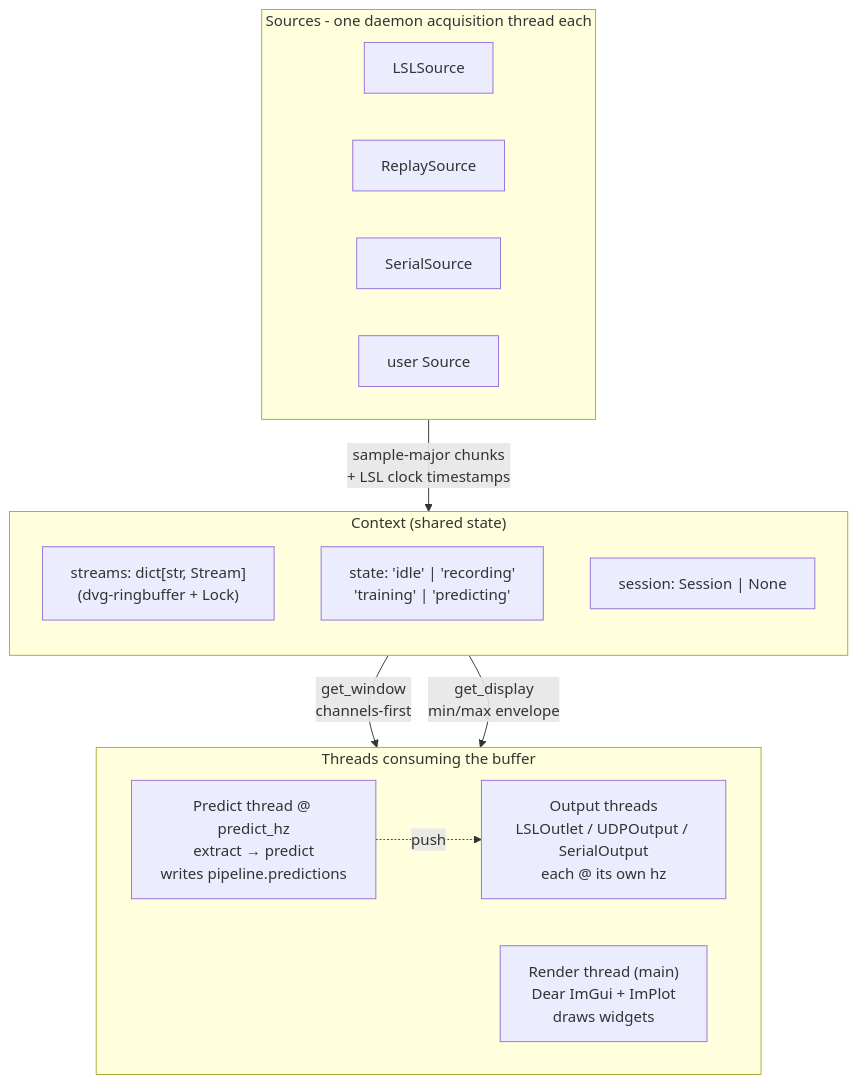
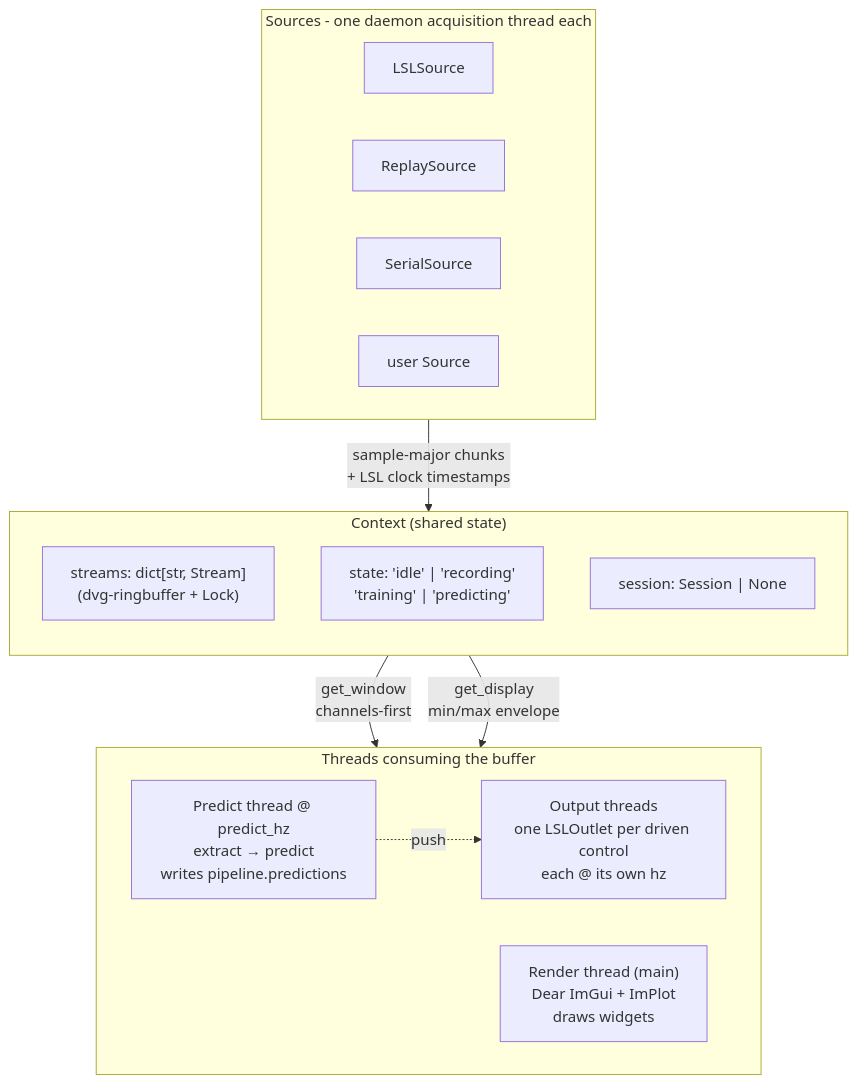
Before and after one commit to NsquaredLab/MyoGestic: the diagram in docs/concepts/architecture.md, drawn with Mermaid. The commit also changed other lines of this file and 12 other files, not shown here.

````diff
--- a/docs/concepts/architecture.md
+++ b/docs/concepts/architecture.md
@@ -5,31 +5,31 @@
 ```mermaid
 flowchart TB
     subgraph SRC["Sources - one daemon acquisition thread each"]
         direction LR
         S1[LSLSource]
         S2[ReplaySource]
         S3[SerialSource]
         S5[user Source]
     end
 
     SRC -->|sample-major chunks<br/>+ LSL clock timestamps| CTX
 
     subgraph CTX["Context (shared state)"]
         direction TB
         CS["streams: dict[str, Stream]<br/>(dvg-ringbuffer + Lock)"]
         ST["state: 'idle' | 'recording'<br/>'training' | 'predicting'"]
         SE["session: Session | None"]
     end
 
     CTX -->|get_window<br/>channels-first| PT
     CTX -->|get_display<br/>min/max envelope| RT
 
     subgraph THREADS["Threads consuming the buffer"]
         direction LR
         PT["Predict thread @ predict_hz<br/>extract → predict<br/>writes pipeline.predictions"]
         RT["Render thread (main)<br/>Dear ImGui + ImPlot<br/>draws widgets"]
-        OUT["Output threads<br/>LSLOutlet / UDPOutput / SerialOutput<br/>each @ its own hz"]
+        OUT["Output threads<br/>one LSLOutlet per driven control<br/>each @ its own hz"]
     end
 
     PT -.->|push| OUT
 ```
````
